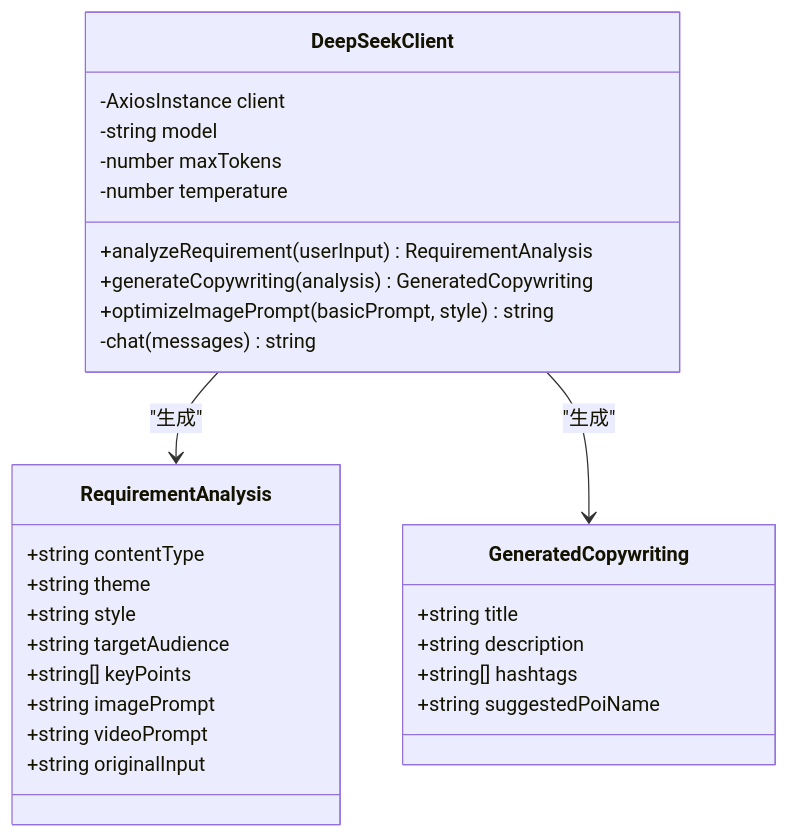
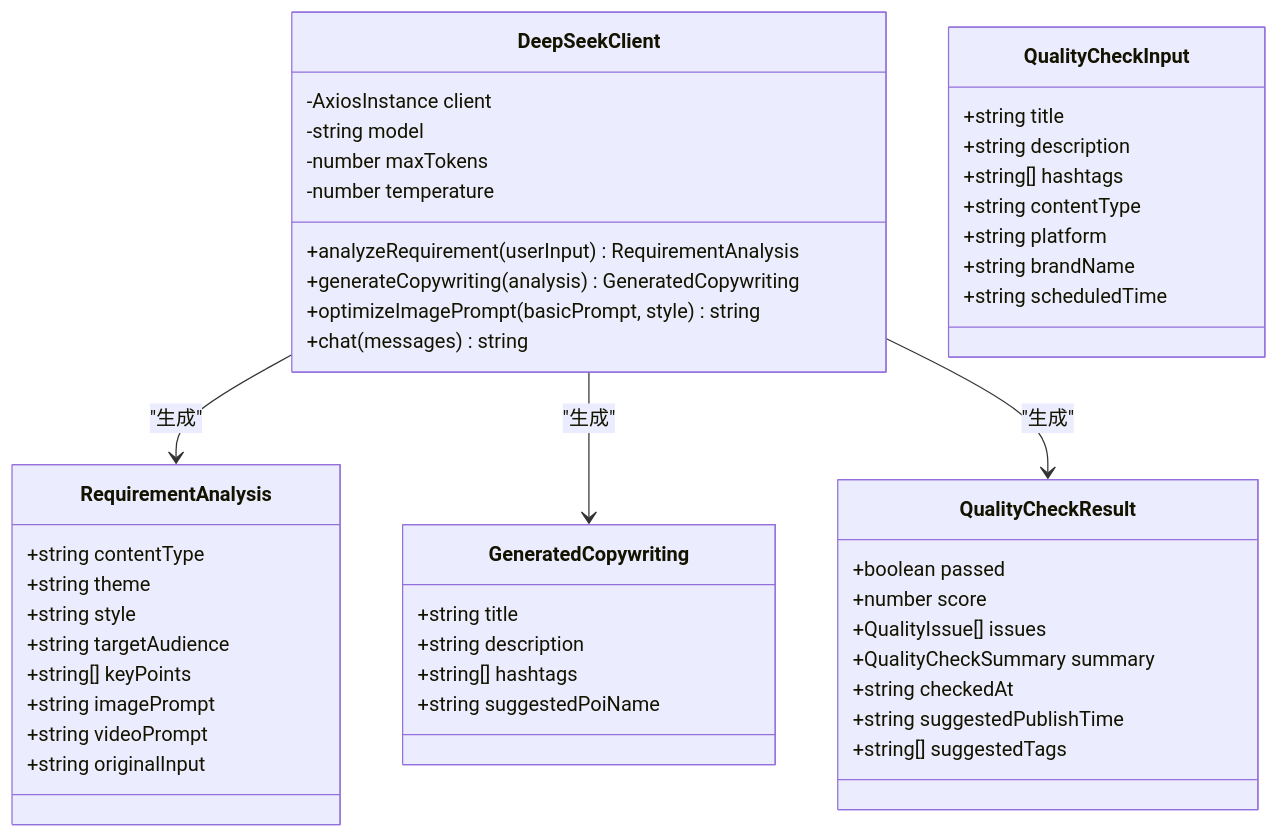
Before and after one commit to songdiyang/clawOperations: diagram 12 of 17 in .qoder/repowiki/zh/content/核心模块详解/Web界面系统/AI创作页面.md, drawn with Mermaid. The commit also changed other lines of this file and 6 other files, not shown here.

Commit message:
feat: add regenerate copywriting button when quality check fails

````diff
--- a/.qoder/repowiki/zh/content/核心模块详解/Web界面系统/AI创作页面.md
+++ b/.qoder/repowiki/zh/content/核心模块详解/Web界面系统/AI创作页面.md
@@ -539,31 +622,50 @@
 ```mermaid
 classDiagram
 class DeepSeekClient {
 -AxiosInstance client
 -string model
 -number maxTokens
 -number temperature
 +analyzeRequirement(userInput) RequirementAnalysis
 +generateCopywriting(analysis) GeneratedCopywriting
 +optimizeImagePrompt(basicPrompt, style) string
--chat(messages) string
++chat(messages) string
 }
 class RequirementAnalysis {
 +string contentType
 +string theme
 +string style
 +string targetAudience
 +string[] keyPoints
 +string imagePrompt
 +string videoPrompt
 +string originalInput
 }
 class GeneratedCopywriting {
 +string title
 +string description
 +string[] hashtags
 +string suggestedPoiName
 }
+class QualityCheckInput {
++string title
++string description
++string[] hashtags
++string contentType
++string platform
++string brandName
++string scheduledTime
+}
+class QualityCheckResult {
++boolean passed
++number score
++QualityIssue[] issues
++QualityCheckSummary summary
++string checkedAt
++string suggestedPublishTime
++string[] suggestedTags
+}
 DeepSeekClient --> RequirementAnalysis : "生成"
 DeepSeekClient --> GeneratedCopywriting : "生成"
+DeepSeekClient --> QualityCheckResult : "生成"
 ```
````
